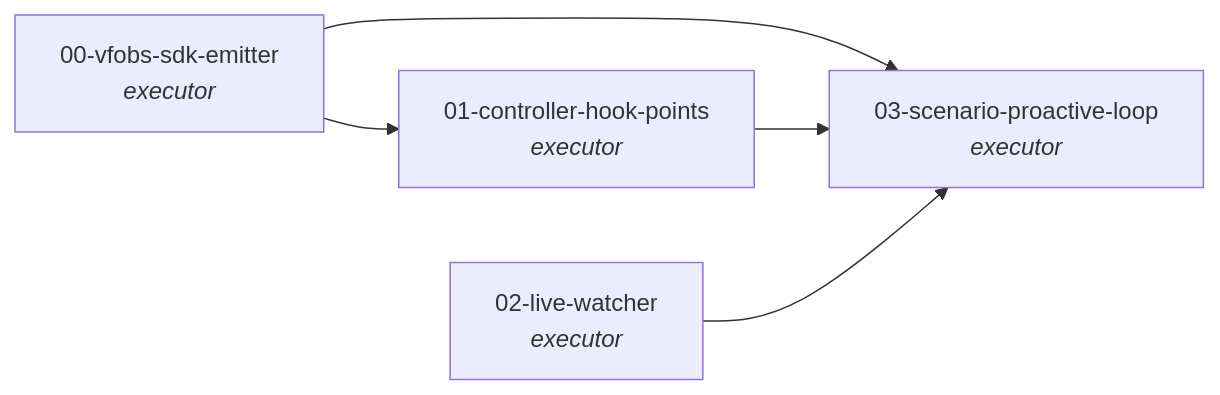
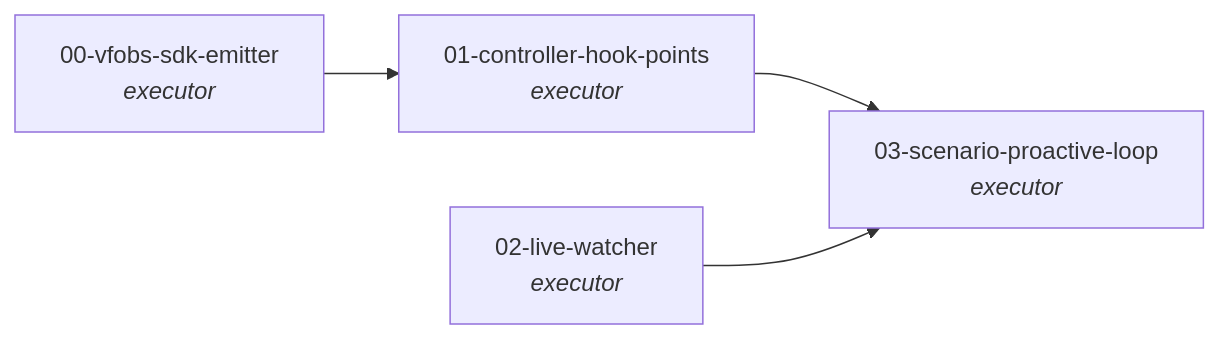
One commit to viloforge-projects/vfobs changed the diagram in workgraphs/controller-instrumentation/workgraph.md. Above: the diagram before and after it, drawn with Mermaid. The commit also changed 1 other file, not shown here.

Commit message:
WG5-min verifier pass: V1-V17 -> ready (no blocking)
Design authored same session w/ WG1/WG2 retro lessons fresh:
V16 PASS (config default-off, D-T0-1 lesson applied preventively),
V17 PASS (AC-T0-9 pins emitted envelope to WG1 locked fixture).
F-adv1 (redundant mermaid edge) patched inline; F-adv2 (prefer
import over vendor WG1 models) + F-adv3 (V11 bootstrap) to retro.
Note: T1 touches PRODUCTION vafi controller -> design/impl
boundary surfaced for operator review.

````diff
--- a/workgraphs/controller-instrumentation/workgraph.md
+++ b/workgraphs/controller-instrumentation/workgraph.md
@@ -48,12 +48,11 @@
 ```mermaid
 flowchart LR
     T0["00-vfobs-sdk-emitter<br/><i>executor</i>"]
     T1["01-controller-hook-points<br/><i>executor</i>"]
     T2["02-live-watcher<br/><i>executor</i>"]
     T3["03-scenario-proactive-loop<br/><i>executor</i>"]
 
     T0 --> T1
-    T0 --> T3
     T1 --> T3
     T2 --> T3
 ```
````
